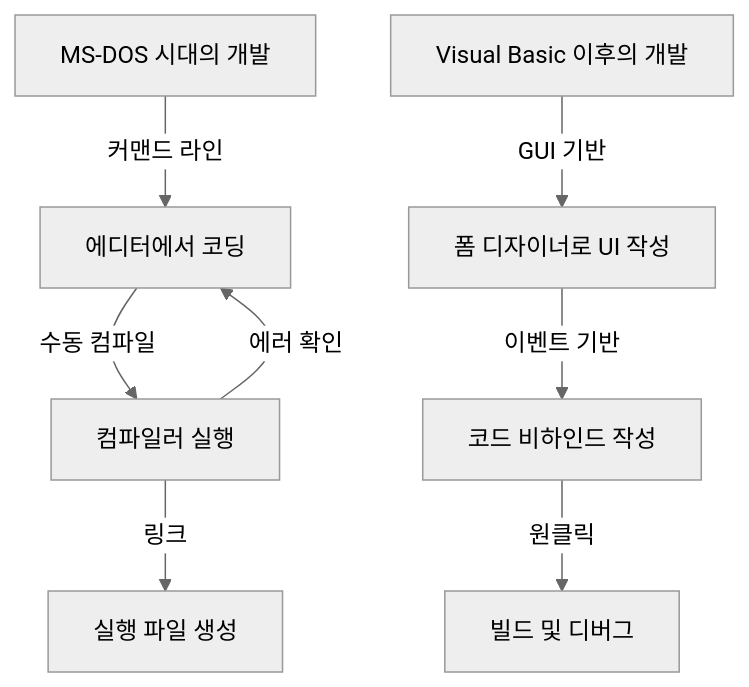
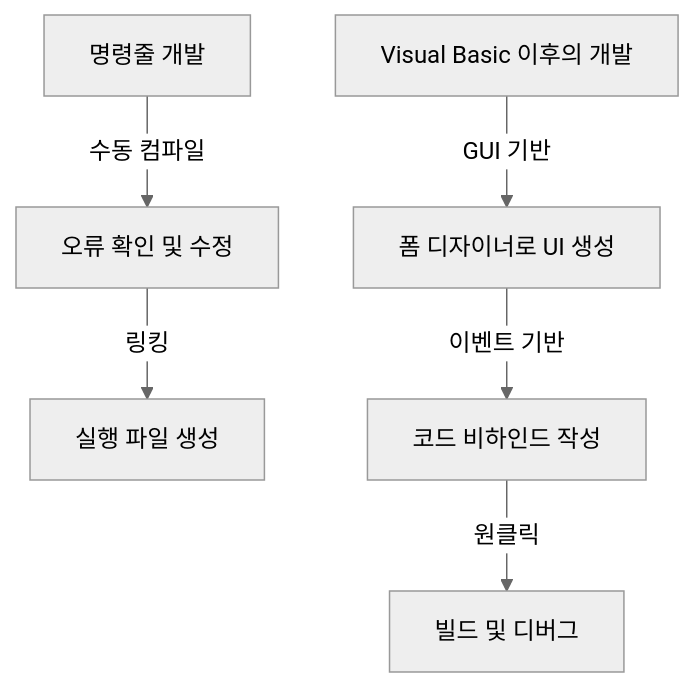
Before and after one commit to kenjinote/blog: the first of 2 diagrams in content/post/history-of-visual-studio/index.ko.md, drawn with Mermaid (neutral theme). The commit also changed other lines of this file and 129 other files, not shown here.

````diff
--- a/content/post/history-of-visual-studio/index.ko.md
+++ b/content/post/history-of-visual-studio/index.ko.md
@@ -32,11 +29,9 @@
 ```mermaid
 graph TD
-    A["MS-DOS 시대의 개발"] -- "커맨드 라인" --> B["에디터에서 코딩"]
-    B -- "수동 컴파일" --> C["컴파일러 실행"]
-    C -- "에러 확인" --> B
-    C -- "링크" --> D["실행 파일 생성"]
+    A["명령줄 개발"] -- "수동 컴파일" --> B["오류 확인 및 수정"]
+    B -- "링킹" --> C["실행 파일 생성"]
     
-    E["Visual Basic 이후의 개발"] -- "GUI 기반" --> F["폼 디자이너로 UI 작성"]
-    F -- "이벤트 기반" --> G["코드 비하인드 작성"]
-    G -- "원클릭" --> H["빌드 및 디버그"]
+    D["Visual Basic 이후의 개발"] -- "GUI 기반" --> E["폼 디자이너로 UI 생성"]
+    E -- "이벤트 기반" --> F["코드 비하인드 작성"]
+    F -- "원클릭" --> G["빌드 및 디버그"]
 ```
````
